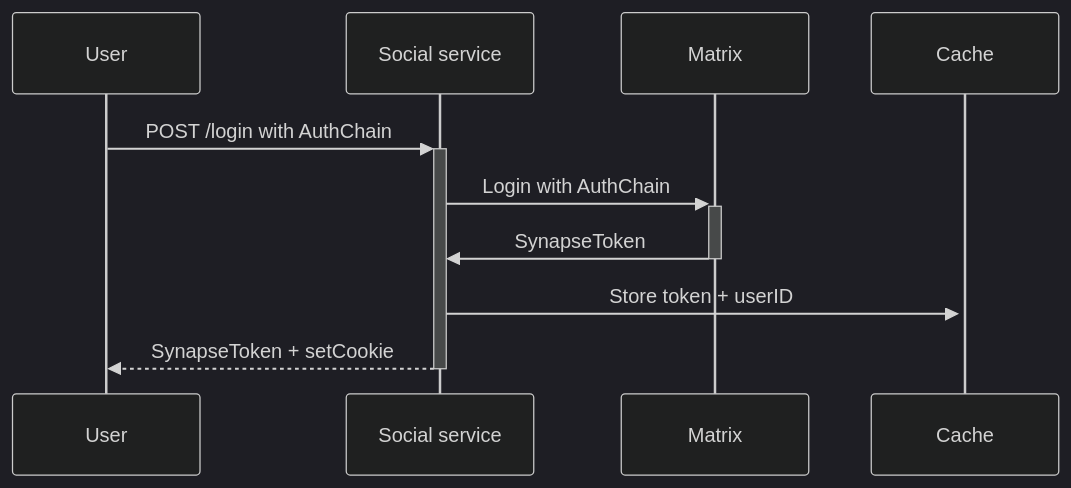
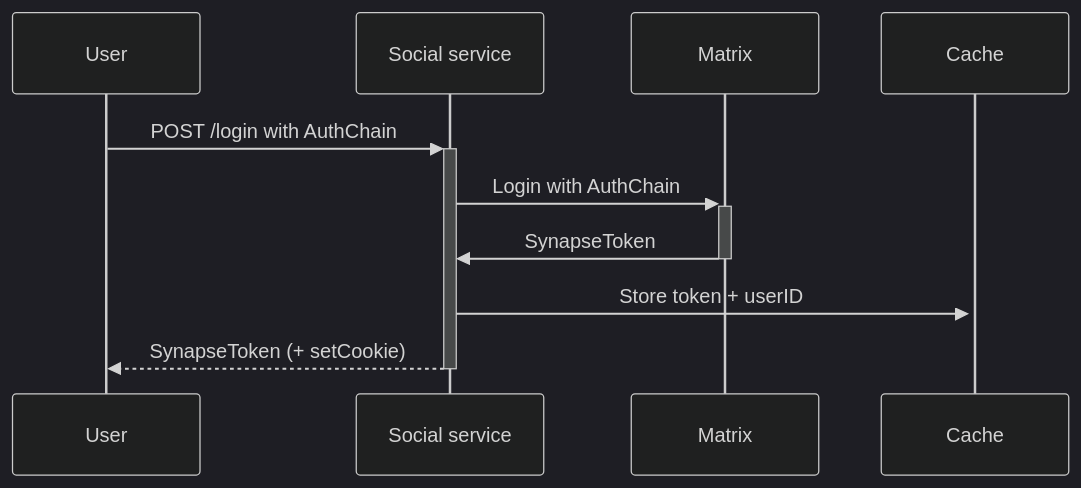
One commit to decentraland/adr changed the second of 3 diagrams in content/ADR-203-social-ws-login.md. Above: the diagram before and after it, drawn with Mermaid (dark theme). The commit also changed other lines of this file, not shown here.

````diff
--- a/content/ADR-203-social-ws-login.md
+++ b/content/ADR-203-social-ws-login.md
@@ -62,8 +65,8 @@
 ```mermaid
 sequenceDiagram
     User->>+Social service: POST /login with AuthChain
     Social service->>+Matrix: Login with AuthChain
     Matrix->>-Social service: SynapseToken
     Social service->>+Cache: Store token + userID
-    Social service-->>-User: SynapseToken + setCookie
+    Social service-->>-User: SynapseToken (+ setCookie)
 ```
````
